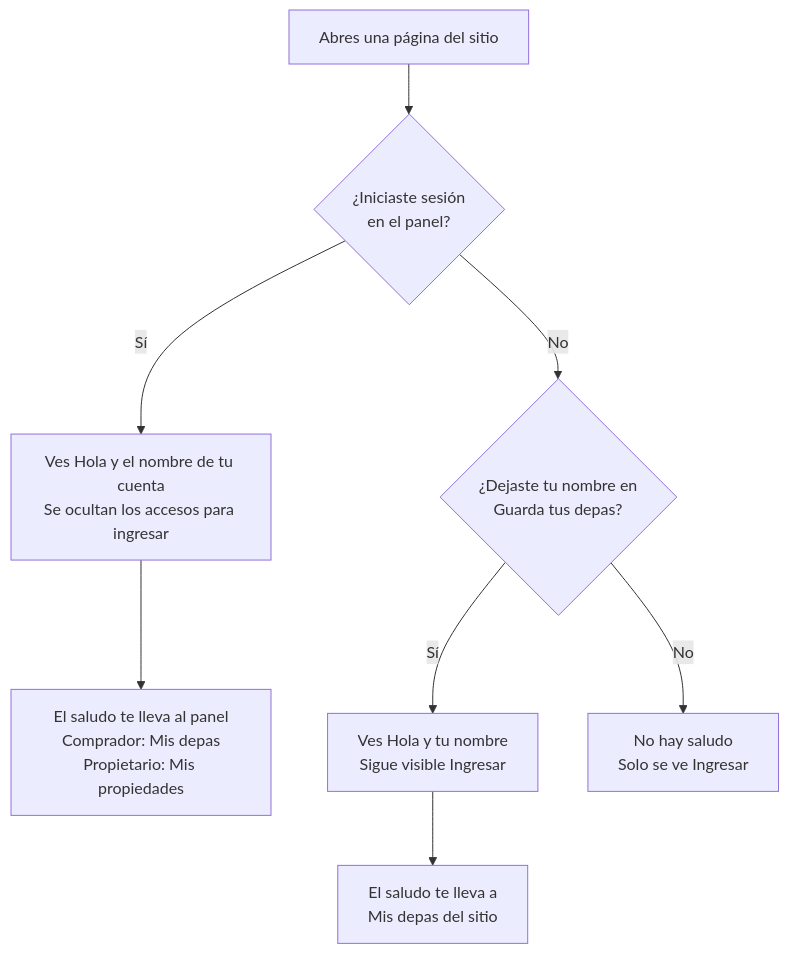
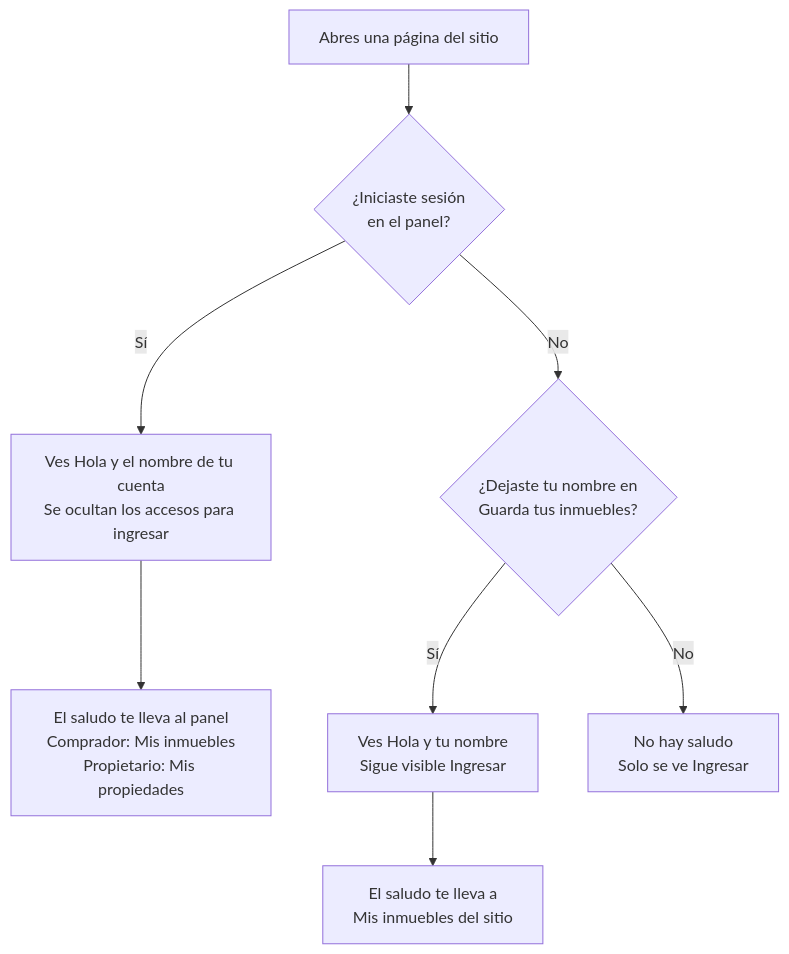
One commit to samirharrytl/DHC_landing changed the second of 17 diagrams in docs/plataforma/09-manual-funcional.md. Above: the diagram before and after it, drawn with Mermaid. The commit also changed other lines of this file and 72 other files, not shown here.

First line of the commit message:
Fuente Poppins como depahostperu.com, "Mis depas" pasa a "Mis inmuebles" y cambios en API y panel

````diff
--- a/docs/plataforma/09-manual-funcional.md
+++ b/docs/plataforma/09-manual-funcional.md
@@ -263,10 +263,10 @@
 ```mermaid
 flowchart TD
     abre["Abres una página del sitio"] --> sesion{"¿Iniciaste sesión<br/>en el panel?"}
     sesion -->|"Sí"| cuenta["Ves Hola y el nombre de tu cuenta<br/>Se ocultan los accesos para ingresar"]
-    cuenta --> panel["El saludo te lleva al panel<br/>Comprador: Mis depas<br/>Propietario: Mis propiedades"]
-    sesion -->|"No"| perfil{"¿Dejaste tu nombre en<br/>Guarda tus depas?"}
+    cuenta --> panel["El saludo te lleva al panel<br/>Comprador: Mis inmuebles<br/>Propietario: Mis propiedades"]
+    sesion -->|"No"| perfil{"¿Dejaste tu nombre en<br/>Guarda tus inmuebles?"}
     perfil -->|"Sí"| nombre["Ves Hola y tu nombre<br/>Sigue visible Ingresar"]
-    nombre --> misdepas["El saludo te lleva a<br/>Mis depas del sitio"]
+    nombre --> misdepas["El saludo te lleva a<br/>Mis inmuebles del sitio"]
     perfil -->|"No"| sinsaludo["No hay saludo<br/>Solo se ve Ingresar"]
 ```
````
